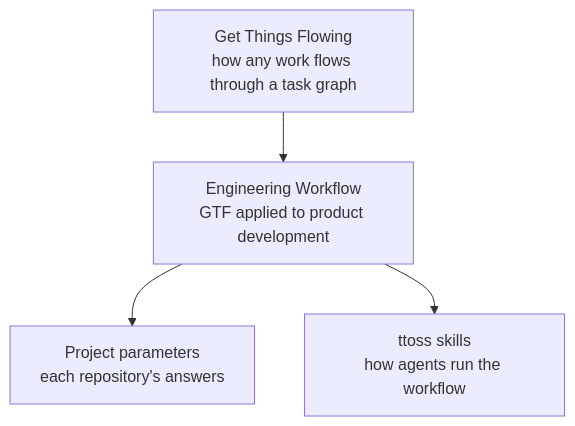
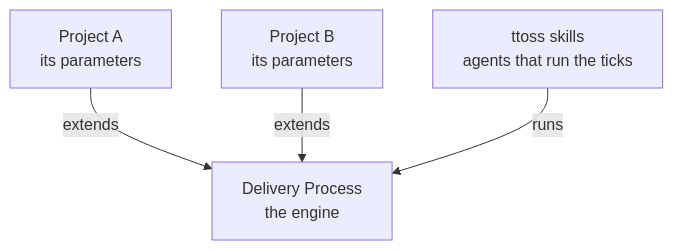
The second of 2 diagrams in docs/website/docs/engineering/workflow/index.md (ttoss/ttoss), drawn with Mermaid before and after one commit. The commit also changed other lines of this file and 2 other files, not shown here.

First line of the commit message:
docs(engineering): the workflow as a state machine, one engine extended per project

````diff
--- a/docs/website/docs/engineering/workflow/index.md
+++ b/docs/website/docs/engineering/workflow/index.md
@@ -11,10 +42,7 @@
 ```mermaid
 flowchart TB
-    G["Get Things Flowing<br/>how any work flows through a task graph"]
-    W["Engineering Workflow<br/>GTF applied to product development"]
-    P["Project parameters<br/>each repository's answers"]
-    S["ttoss skills<br/>how agents run the workflow"]
-    G --> W
-    W --> P
-    W --> S
+    E["Delivery Process<br/>the engine"]
+    A["Project A<br/>its parameters"] -->|extends| E
+    B["Project B<br/>its parameters"] -->|extends| E
+    S["ttoss skills<br/>agents that run the ticks"] -->|runs| E
 ```
````
